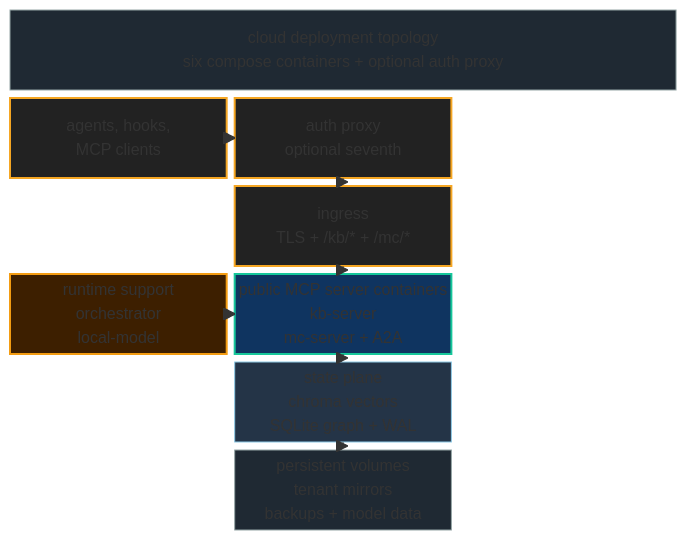
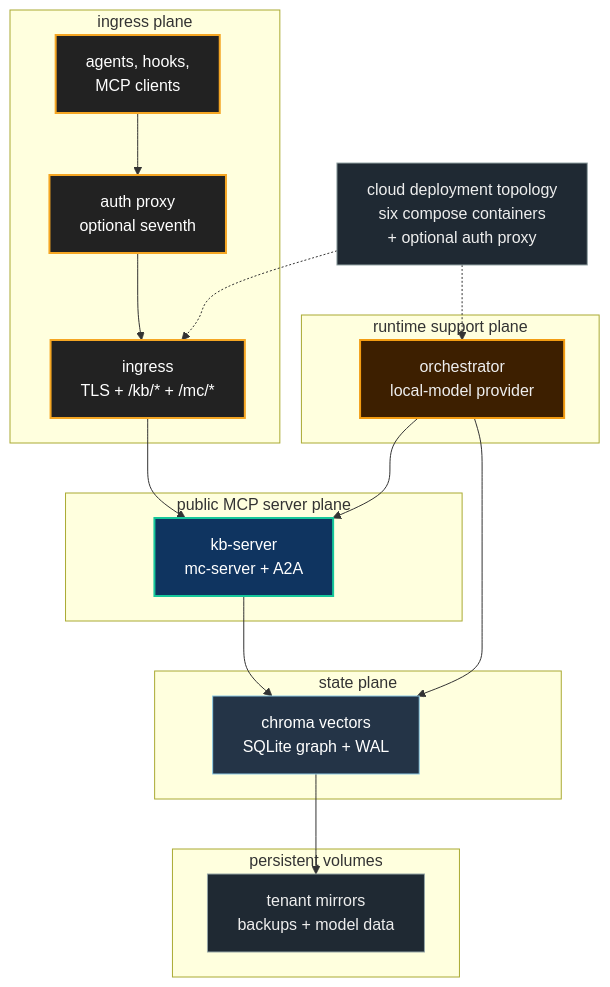
Before and after one commit to neomjs/neo: the second of 2 diagrams in learn/benefits/DeployingTheAgentOS.md, drawn with Mermaid.

Commit message:
docs(benefits): convert deployment diagram to flowchart (#14321)

````diff
--- a/learn/benefits/DeployingTheAgentOS.md
+++ b/learn/benefits/DeployingTheAgentOS.md
@@ -80,28 +80,42 @@
 ```mermaid
-block
-    columns 3
-    Stack["cloud deployment topology<br/>six compose containers + optional auth proxy"]:3
-    Clients["agents, hooks,<br/>MCP clients"] Auth["auth proxy<br/>optional seventh"] space
-    space Ingress["ingress<br/>TLS + /kb/* + /mc/*"] space
-    Runtime["runtime support<br/>orchestrator<br/>local-model"] PublicMcp["public MCP server containers<br/>kb-server<br/>mc-server + A2A"] space
-    space StatePlane["state plane<br/>chroma vectors<br/>SQLite graph + WAL"] space
-    space Persist["persistent volumes<br/>tenant mirrors<br/>backups + model data"] space
-
-    Clients --> Auth
-    Auth --> Ingress
-    Ingress --> PublicMcp
-    PublicMcp --> StatePlane
-    Runtime --> PublicMcp
-    StatePlane --> Persist
-
+flowchart TD
     classDef public fill:#222,stroke:#f5a623,stroke-width:2px,color:#fff
     classDef mcp fill:#0f3460,stroke:#16c79a,stroke-width:2px,color:#fff
     classDef infra fill:#243447,stroke:#8ecae6,stroke-width:1px,color:#fff
     classDef control fill:#3d1f00,stroke:#f39c12,stroke-width:2px,color:#eee
     classDef volume fill:#1f2933,stroke:#95a5a6,stroke-width:1px,color:#eee
-    class Clients,Auth,Ingress public
-    class PublicMcp mcp
-    class StatePlane infra
-    class Runtime control
-    class Persist,Stack volume
+
+    Stack["cloud deployment topology<br/>six compose containers<br/>+ optional auth proxy"]:::volume
+
+    subgraph ingressPlane["ingress plane"]
+        Clients["agents, hooks,<br/>MCP clients"]:::public
+        Auth["auth proxy<br/>optional seventh"]:::public
+        Ingress["ingress<br/>TLS + /kb/* + /mc/*"]:::public
+        Clients --> Auth
+        Auth --> Ingress
+    end
+
+    subgraph mcpPlane["public MCP server plane"]
+        PublicMcp["kb-server<br/>mc-server + A2A"]:::mcp
+    end
+
+    subgraph runtimePlane["runtime support plane"]
+        Runtime["orchestrator<br/>local-model provider"]:::control
+    end
+
+    subgraph statePlane["state plane"]
+        State["chroma vectors<br/>SQLite graph + WAL"]:::infra
+    end
+
+    subgraph volumePlane["persistent volumes"]
+        Persist["tenant mirrors<br/>backups + model data"]:::volume
+    end
+
+    Stack -.-> Ingress
+    Stack -.-> Runtime
+    Ingress --> PublicMcp
+    Runtime --> PublicMcp
+    PublicMcp --> State
+    Runtime --> State
+    State --> Persist
 ```
````
